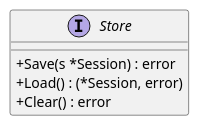
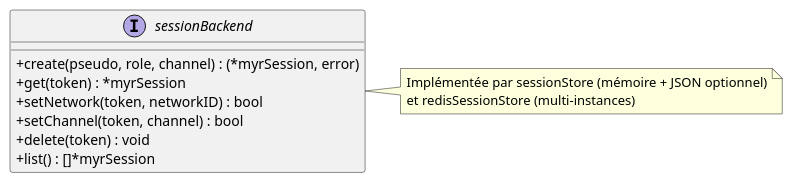
One commit to olivaux/myr changed the sixth of 6 diagrams in specs/3-Conception/DC_D1_Auth_Identity.md. Above: the diagram before and after it, drawn with PlantUML. The commit also changed other lines of this file and 17 other files, not shown here.

````diff
--- a/specs/3-Conception/DC_D1_Auth_Identity.md
+++ b/specs/3-Conception/DC_D1_Auth_Identity.md
@@ -368,10 +307,14 @@
 ```plantuml
 @startuml
 skinparam classAttributeIconSize 0
-interface Store {
-  + Save(s *Session) : error
-  + Load() : (*Session, error)
-  + Clear() : error
+interface sessionBackend {
+  + create(pseudo, role, channel) : (*myrSession, error)
+  + get(token) : *myrSession
+  + setNetwork(token, networkID) : bool
+  + setChannel(token, channel) : bool
+  + delete(token) : void
+  + list() : []*myrSession
 }
+note right : Implémentée par sessionStore (mémoire + JSON optionnel)\net redisSessionStore (multi-instances)
 @enduml
 ```
````
